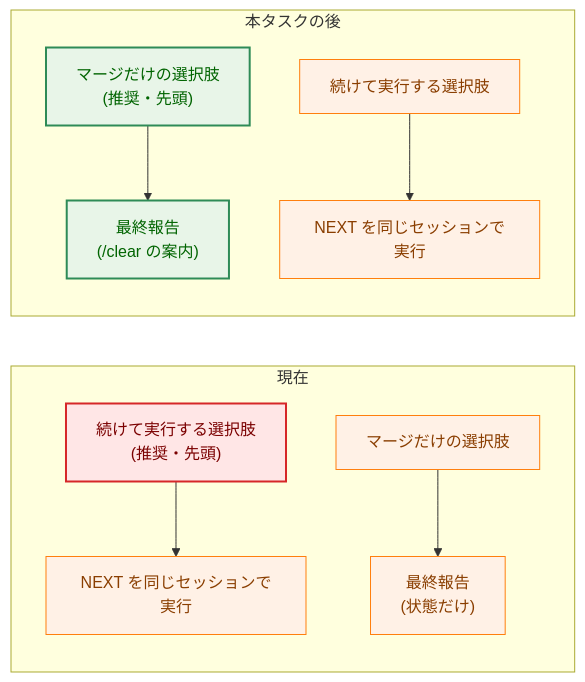
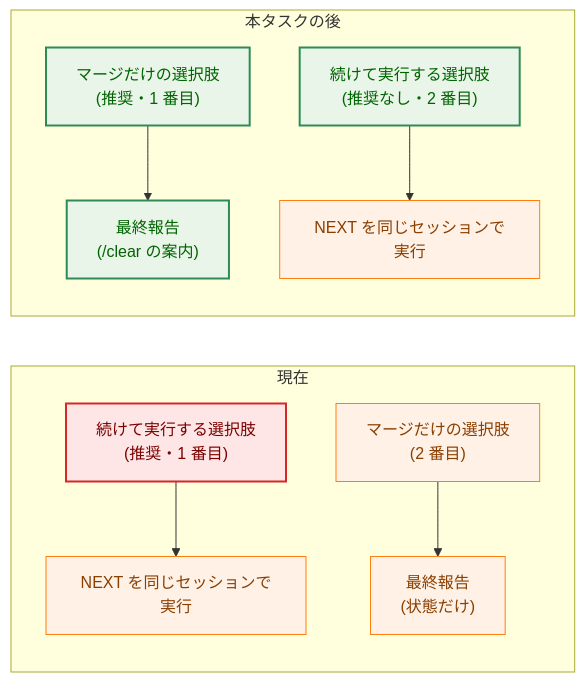
One commit to isseis/yt2column changed the first of 7 diagrams in docs/tasks/0037_runpr_merge_recommendation/02_architecture.md. Above: the diagram before and after it, drawn with Mermaid. The commit also changed other lines of this file, not shown here.

First line of the commit message:
docs(0037): address the architecture review and improve Japanese prose

````diff
--- a/docs/tasks/0037_runpr_merge_recommendation/02_architecture.md
+++ b/docs/tasks/0037_runpr_merge_recommendation/02_architecture.md
@@ -42,28 +46,28 @@
 ```mermaid
 flowchart LR
     classDef process fill:#fff1e6,stroke:#ff7f0e,stroke-width:1px,color:#8a3e00;
     classDef enhanced fill:#e8f5e8,stroke:#2e8b57,stroke-width:2px,color:#006400;
     classDef problem fill:#ffe6e6,stroke:#d62728,stroke-width:2px,color:#7b0000;
 
     subgraph Before["現在"]
-        B1["続けて実行する選択肢<br>(推奨・先頭)"]
-        B2["マージだけの選択肢"]
+        B1["続けて実行する選択肢<br>(推奨・1 番目)"]
+        B2["マージだけの選択肢<br>(2 番目)"]
         BR1["NEXT を同じセッションで実行"]
         BR2["最終報告<br>(状態だけ)"]
         B1 --> BR1
         B2 --> BR2
         class B1 problem
         class B2,BR1,BR2 process
     end
 
     subgraph After["本タスクの後"]
-        A2["マージだけの選択肢<br>(推奨・先頭)"]
-        A1["続けて実行する選択肢"]
+        A2["マージだけの選択肢<br>(推奨・1 番目)"]
+        A1["続けて実行する選択肢<br>(推奨なし・2 番目)"]
         AR2["最終報告<br>(/clear の案内)"]
         AR1["NEXT を同じセッションで実行"]
         A2 --> AR2
         A1 --> AR1
-        class A2,AR2 enhanced
-        class A1,AR1 process
+        class A2,AR2,A1 enhanced
+        class AR1 process
     end
 ```
````
